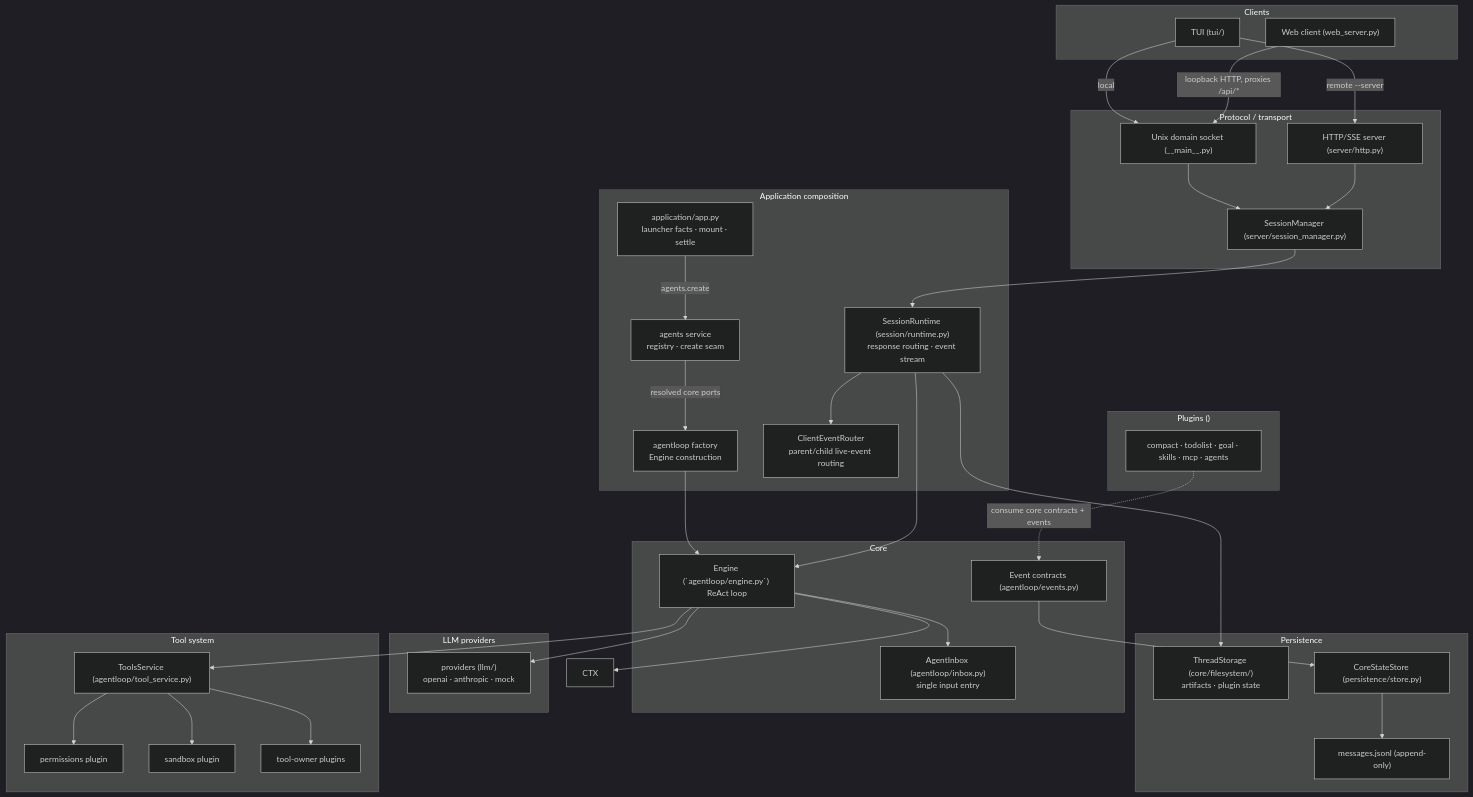
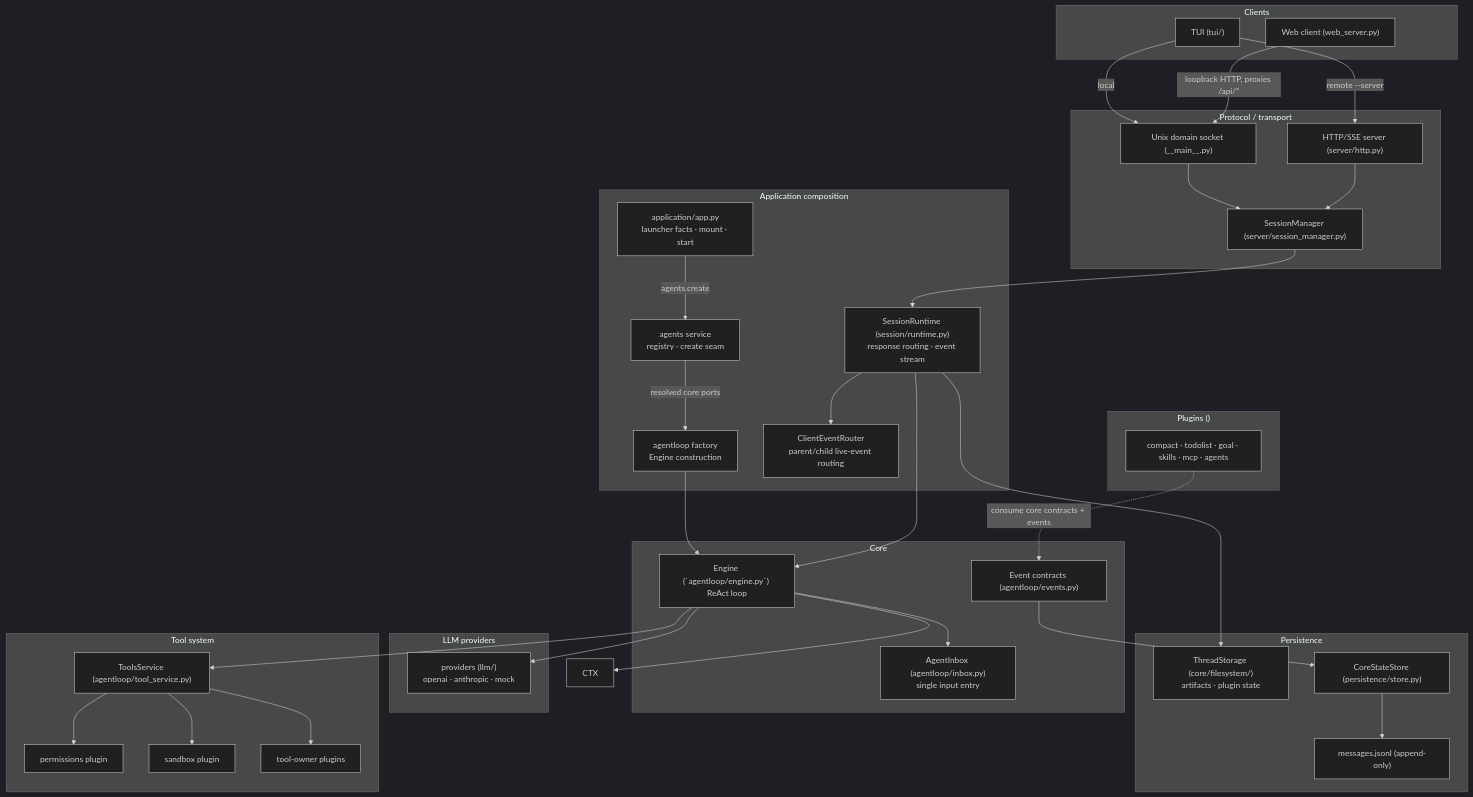
Before and after one commit to dukmu/XBot: the first of 2 diagrams in XBotv2/docs/architecture.md, drawn with Mermaid (dark theme). The commit also changed 37 other files, not shown here.

````diff
--- a/XBotv2/docs/architecture.md
+++ b/XBotv2/docs/architecture.md
@@ -25,71 +25,71 @@
 ```mermaid
 flowchart TB
     subgraph Clients
         TUI["TUI (tui/)"]
         WEB["Web client (web_server.py)"]
     end
 
     subgraph Transport["Protocol / transport"]
         UDS["Unix domain socket (__main__.py)"]
         HTTP["HTTP/SSE server (server/http.py)"]
         SCM["SessionManager (server/session_manager.py)"]
     end
 
     subgraph Core["Core"]
         ENG["Engine (`agentloop/engine.py`) ReAct loop"]
         IBX["AgentInbox (agentloop/inbox.py)<br/>single input entry"]
         EVT["Event contracts (agentloop/events.py)"]
     end
 
     subgraph Application["Application composition"]
-        APP["application/app.py<br/>launcher facts · mount · settle"]
+        APP["application/app.py<br/>launcher facts · mount · start"]
         AGS["agents service<br/>registry · create seam"]
         FAC["agentloop factory<br/>Engine construction"]
         SRT["SessionRuntime (session/runtime.py)<br/>response routing · event stream"]
         CER["ClientEventRouter<br/>parent/child live-event routing"]
     end
 
     subgraph ToolsLayer["Tool system"]
         REG["ToolsService (agentloop/tool_service.py)"]
         PERM["permissions plugin"]
         SBX["sandbox plugin"]
         BT["tool-owner plugins"]
     end
 
     subgraph ProvidersLayer["LLM providers"]
         LLM["providers (llm/)<br/>openai · anthropic · mock"]
     end
 
     subgraph PersistenceLayer["Persistence"]
         STORAGE["ThreadStorage (core/filesystem/)<br/>artifacts · plugin state"]
         STORE["CoreStateStore (persistence/store.py)"]
         JRNL["messages.jsonl (append-only)"]
     end
 
     subgraph PluginsLayer["Plugins ()"]
         P["compact · todolist · goal · skills · mcp · agents"]
     end
 
     TUI -->|"local"| UDS
     TUI -->|"remote --server"| HTTP
     WEB -->|"loopback HTTP, proxies /api/*"| UDS
     UDS --> SCM
     HTTP --> SCM
     SCM --> SRT
     APP -->|"agents.create"| AGS
     AGS -->|"resolved core ports"| FAC
     FAC --> ENG
     SRT --> ENG
     SRT --> CER
     ENG --> CTX
     ENG --> IBX
     ENG --> REG
     REG --> PERM
     REG --> SBX
     REG --> BT
     ENG --> LLM
     SRT --> STORAGE
     EVT --> STORE
     STORE --> JRNL
     P -. "consume core contracts + events" .-> EVT
 ```
````
